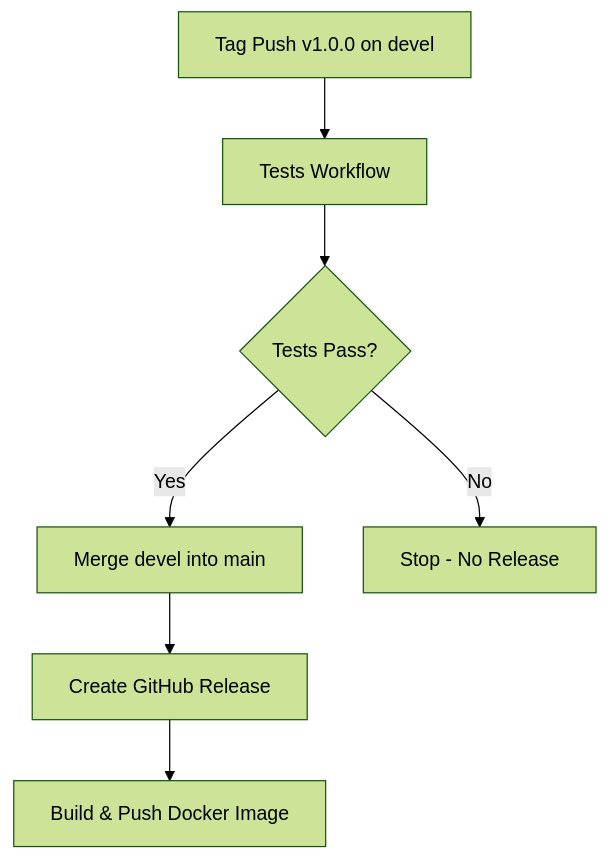
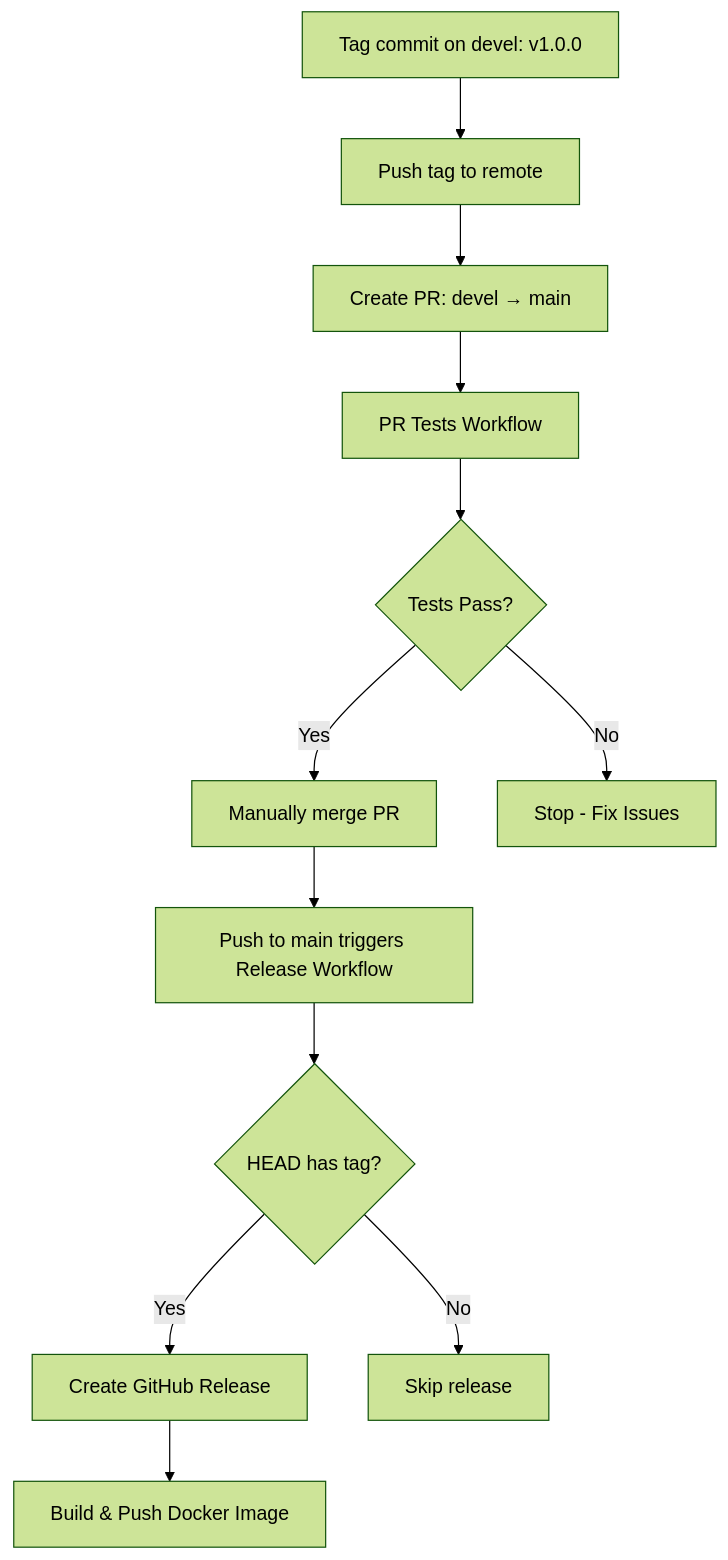
The first of 2 diagrams in docs/development/ci-cd-pipeline.md (mpilhlt/pdf-tei-editor), drawn with Mermaid (forest theme) before and after one commit. The commit also changed other lines of this file and 3 other files, not shown here.

````diff
--- a/docs/development/ci-cd-pipeline.md
+++ b/docs/development/ci-cd-pipeline.md
@@ -90,9 +91,14 @@
 ```mermaid
 graph TD
-    A[Tag Push v1.0.0 on devel] --> B[Tests Workflow]
-    B --> C{Tests Pass?}
-    C -->|Yes| D[Merge devel into main]
-    C -->|No| E[Stop - No Release]
-    D --> F[Create GitHub Release]
-    F --> G[Build & Push Docker Image]
+    A[Tag commit on devel: v1.0.0] --> B[Push tag to remote]
+    B --> C[Create PR: devel → main]
+    C --> D[PR Tests Workflow]
+    D --> E{Tests Pass?}
+    E -->|Yes| F[Manually merge PR]
+    E -->|No| G[Stop - Fix Issues]
+    F --> H[Push to main triggers Release Workflow]
+    H --> I{HEAD has tag?}
+    I -->|Yes| J[Create GitHub Release]
+    I -->|No| K[Skip release]
+    J --> L[Build & Push Docker Image]
 ```
````
